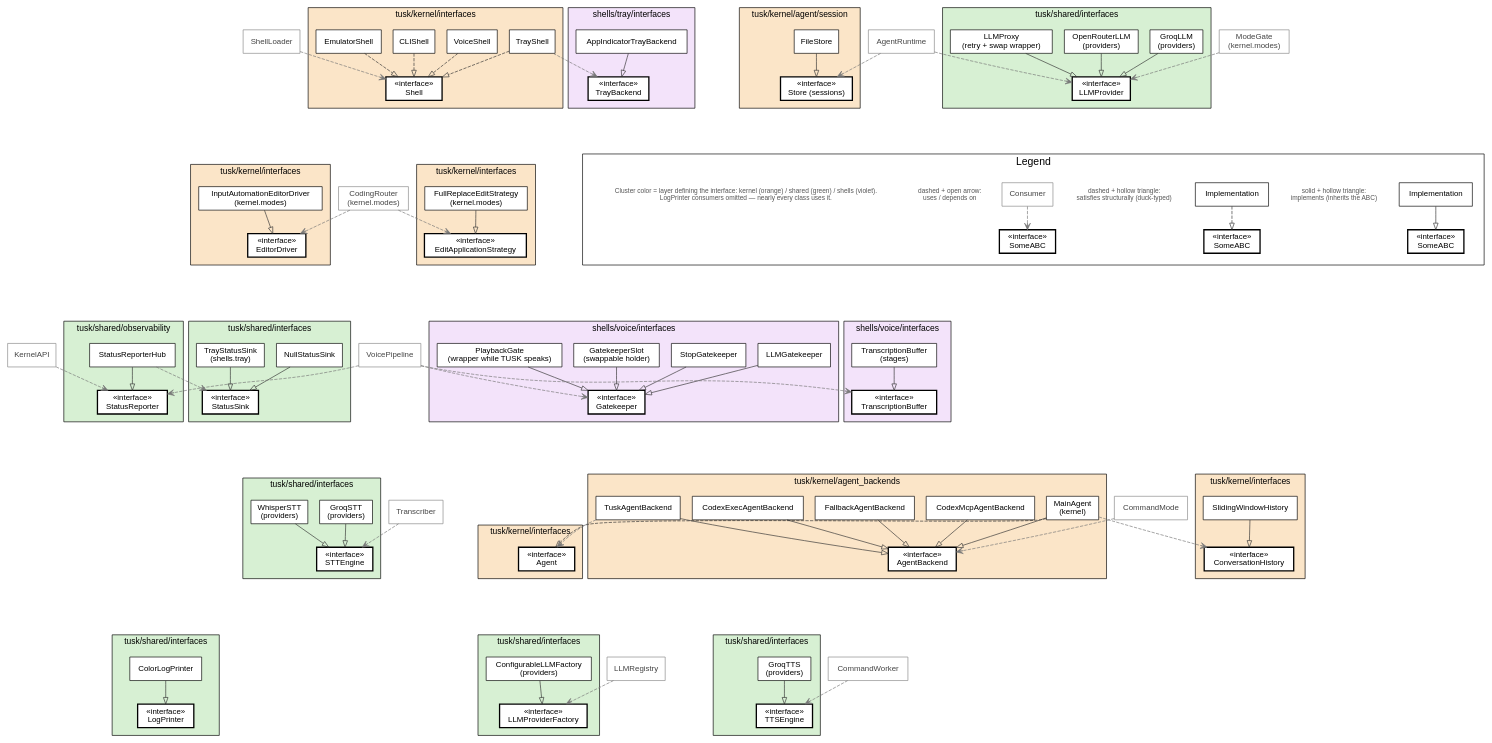
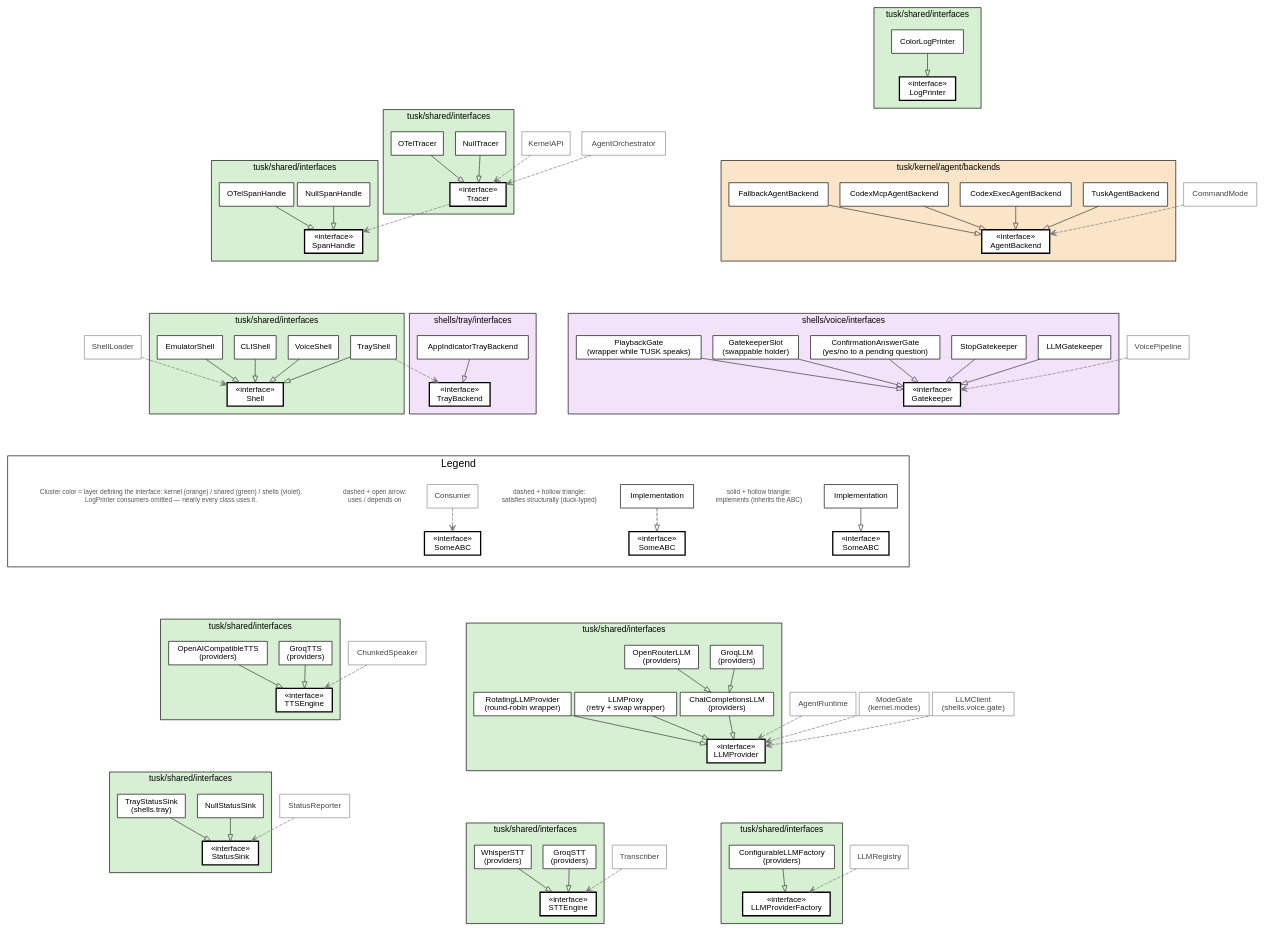
The diagram in docs/diagrams/interfaces.dot (vovka/tusk), drawn with Graphviz before and after one commit. The commit also changed 15 other files, not shown here.

```diff
--- a/docs/diagrams/interfaces.dot
+++ b/docs/diagrams/interfaces.dot
@@ -1,196 +1,171 @@
 // TUSK interface map — hand-maintained (unlike full-class-graph.dot, which is generated).
 // Every ABC, its implementations, and its key consumers.
 // Render: fdp -Tsvg interfaces.dot -o interfaces.svg
 //   (fdp 2D-packs the per-interface clusters; dot would stack them in one long column)
 // Cluster tint = layer that DEFINES the interface:
 //   kernel #fbe5c8 | shared #d7f0d3 | shells #f3e3fa
 digraph tusk_interfaces {
   fontname="Helvetica";
   overlap="prism";
   splines=true;
   pack=true;
   packmode="clust";
   sep="+14";
   esep="+6";
   node [shape=box, style=filled, fillcolor="white", fontname="Helvetica", fontsize=12];
   edge [fontname="Helvetica", fontsize=10, color="#333333"];
 
   // Legend nodes are pinned (pos=...!) so fdp cannot scatter them.
   subgraph cluster_legend {
     label="Legend"; fontsize=16; style=filled; fillcolor="#ffffff"; margin=18;
     Leg_impl [label="Implementation", pos="0,3.2!"];
     Leg_if1 [label="«interface»\nSomeABC", penwidth=2, pos="2.4,3.2!"];
     Leg_impl -> Leg_if1 [arrowhead=empty];
     Leg_cap1 [shape=plaintext, fontsize=10, fontcolor="#555555", pos="5.0,3.2!",
       label="solid + hollow triangle:\nimplements (inherits the ABC)"];
 
     Leg_duck [label="Implementation", pos="0,2.3!"];
     Leg_if2 [label="«interface»\nSomeABC", penwidth=2, pos="2.4,2.3!"];
     Leg_duck -> Leg_if2 [arrowhead=empty, style=dashed];
     Leg_cap2 [shape=plaintext, fontsize=10, fontcolor="#555555", pos="5.0,2.3!",
       label="dashed + hollow triangle:\nsatisfies structurally (duck-typed)"];
 
     Leg_user [label="Consumer", color="#888888", fontcolor="#444444", pos="0,1.4!"];
     Leg_if3 [label="«interface»\nSomeABC", penwidth=2, pos="2.4,1.4!"];
     Leg_user -> Leg_if3 [arrowhead=vee, style=dashed, color="#777777"];
     Leg_cap3 [shape=plaintext, fontsize=10, fontcolor="#555555", pos="5.0,1.4!",
       label="dashed + open arrow:\nuses / depends on"];
 
     Leg_note [shape=plaintext, fontsize=10, fontcolor="#555555", pos="2.6,0.5!",
       label="Cluster color = layer defining the interface: kernel (orange) / shared (green) / shells (violet).\nLogPrinter consumers omitted — nearly every class uses it."];
   }
 
   // ---------------- kernel-defined interfaces ----------------
 
-  subgraph cluster_agent {
-    label="tusk/kernel/interfaces"; fontsize=13; style=filled; fillcolor="#fbe5c8"; margin=12;
-    I_Agent [label="«interface»\nAgent", penwidth=2];
-  }
-  subgraph cluster_shell {
-    label="tusk/kernel/interfaces"; fontsize=13; style=filled; fillcolor="#fbe5c8"; margin=12;
-    I_Shell [label="«interface»\nShell", penwidth=2];
-    VoiceShell; CLIShell; EmulatorShell; TrayShell;
-    VoiceShell -> I_Shell [arrowhead=empty, style=dashed];
-    CLIShell -> I_Shell [arrowhead=empty, style=dashed];
-    EmulatorShell -> I_Shell [arrowhead=empty, style=dashed];
-    TrayShell -> I_Shell [arrowhead=empty, style=dashed];
-  }
-  subgraph cluster_history {
-    label="tusk/kernel/interfaces"; fontsize=13; style=filled; fillcolor="#fbe5c8"; margin=12;
-    I_ConversationHistory [label="«interface»\nConversationHistory", penwidth=2];
-    SlidingWindowHistory -> I_ConversationHistory [arrowhead=empty];
-  }
-  subgraph cluster_driver {
-    label="tusk/kernel/interfaces"; fontsize=13; style=filled; fillcolor="#fbe5c8"; margin=12;
-    I_EditorDriver [label="«interface»\nEditorDriver", penwidth=2];
-    InputAutomationEditorDriver [label="InputAutomationEditorDriver\n(kernel.modes)"];
-    InputAutomationEditorDriver -> I_EditorDriver [arrowhead=empty];
-  }
-  subgraph cluster_strategy {
-    label="tusk/kernel/interfaces"; fontsize=13; style=filled; fillcolor="#fbe5c8"; margin=12;
-    I_EditApplicationStrategy [label="«interface»\nEditApplicationStrategy", penwidth=2];
-    FullReplaceEditStrategy [label="FullReplaceEditStrategy\n(kernel.modes)"];
-    FullReplaceEditStrategy -> I_EditApplicationStrategy [arrowhead=empty];
-  }
   subgraph cluster_backend {
-    label="tusk/kernel/agent_backends"; fontsize=13; style=filled; fillcolor="#fbe5c8"; margin=12;
+    label="tusk/kernel/agent/backends"; fontsize=13; style=filled; fillcolor="#fbe5c8"; margin=12;
     I_AgentBackend [label="«interface»\nAgentBackend", penwidth=2];
-    MainAgent [label="MainAgent\n(kernel)"];
     TuskAgentBackend; CodexExecAgentBackend; CodexMcpAgentBackend; FallbackAgentBackend;
-    MainAgent -> I_AgentBackend [arrowhead=empty];
     TuskAgentBackend -> I_AgentBackend [arrowhead=empty];
     CodexExecAgentBackend -> I_AgentBackend [arrowhead=empty];
     CodexMcpAgentBackend -> I_AgentBackend [arrowhead=empty];
     FallbackAgentBackend -> I_AgentBackend [arrowhead=empty];
   }
-  subgraph cluster_store {
-    label="tusk/kernel/agent/session"; fontsize=13; style=filled; fillcolor="#fbe5c8"; margin=12;
-    I_Store [label="«interface»\nStore (sessions)", penwidth=2];
-    FileStore -> I_Store [arrowhead=empty];
-  }
 
   // ---------------- shared-defined interfaces ----------------
 
+  subgraph cluster_shell {
+    label="tusk/shared/interfaces"; fontsize=13; style=filled; fillcolor="#d7f0d3"; margin=12;
+    I_Shell [label="«interface»\nShell", penwidth=2];
+    VoiceShell; CLIShell; EmulatorShell; TrayShell;
+    VoiceShell -> I_Shell [arrowhead=empty];
+    CLIShell -> I_Shell [arrowhead=empty];
+    EmulatorShell -> I_Shell [arrowhead=empty];
+    TrayShell -> I_Shell [arrowhead=empty];
+  }
   subgraph cluster_llm {
     label="tusk/shared/interfaces"; fontsize=13; style=filled; fillcolor="#d7f0d3"; margin=12;
     I_LLMProvider [label="«interface»\nLLMProvider", penwidth=2];
+    ChatCompletionsLLM [label="ChatCompletionsLLM\n(providers)"];
     GroqLLM [label="GroqLLM\n(providers)"];
     OpenRouterLLM [label="OpenRouterLLM\n(providers)"];
     LLMProxy [label="LLMProxy\n(retry + swap wrapper)"];
-    GroqLLM -> I_LLMProvider [arrowhead=empty];
-    OpenRouterLLM -> I_LLMProvider [arrowhead=empty];
+    RotatingLLMProvider [label="RotatingLLMProvider\n(round-robin wrapper)"];
+    ChatCompletionsLLM -> I_LLMProvider [arrowhead=empty];
+    GroqLLM -> ChatCompletionsLLM [arrowhead=empty];
+    OpenRouterLLM -> ChatCompletionsLLM [arrowhead=empty];
     LLMProxy -> I_LLMProvider [arrowhead=empty];
+    RotatingLLMProvider -> I_LLMProvider [arrowhead=empty];
   }
   subgraph cluster_llmfactory {
     label="tusk/shared/interfaces"; fontsize=13; style=filled; fillcolor="#d7f0d3"; margin=12;
     I_LLMProviderFactory [label="«interface»\nLLMProviderFactory", penwidth=2];
     ConfigurableLLMFactory [label="ConfigurableLLMFactory\n(providers)"];
     ConfigurableLLMFactory -> I_LLMProviderFactory [arrowhead=empty];
   }
   subgraph cluster_log {
     label="tusk/shared/interfaces"; fontsize=13; style=filled; fillcolor="#d7f0d3"; margin=12;
     I_LogPrinter [label="«interface»\nLogPrinter", penwidth=2];
     ColorLogPrinter -> I_LogPrinter [arrowhead=empty];
   }
-  subgraph cluster_reporter {
-    label="tusk/shared/observability"; fontsize=13; style=filled; fillcolor="#d7f0d3"; margin=12;
-    I_StatusReporter [label="«interface»\nStatusReporter", penwidth=2];
-    StatusReporterHub -> I_StatusReporter [arrowhead=empty];
-  }
   subgraph cluster_sink {
     label="tusk/shared/interfaces"; fontsize=13; style=filled; fillcolor="#d7f0d3"; margin=12;
     I_StatusSink [label="«interface»\nStatusSink", penwidth=2];
     NullStatusSink;
     TrayStatusSink [label="TrayStatusSink\n(shells.tray)"];
     NullStatusSink -> I_StatusSink [arrowhead=empty];
     TrayStatusSink -> I_StatusSink [arrowhead=empty];
+  }
+  subgraph cluster_tracer {
+    label="tusk/shared/interfaces"; fontsize=13; style=filled; fillcolor="#d7f0d3"; margin=12;
+    I_Tracer [label="«interface»\nTracer", penwidth=2];
+    NullTracer; OTelTracer;
+    NullTracer -> I_Tracer [arrowhead=empty];
+    OTelTracer -> I_Tracer [arrowhead=empty];
+  }
+  subgraph cluster_span {
+    label="tusk/shared/interfaces"; fontsize=13; style=filled; fillcolor="#d7f0d3"; margin=12;
+    I_SpanHandle [label="«interface»\nSpanHandle", penwidth=2];
+    NullSpanHandle; OTelSpanHandle;
+    NullSpanHandle -> I_SpanHandle [arrowhead=empty];
+    OTelSpanHandle -> I_SpanHandle [arrowhead=empty];
   }
   subgraph cluster_stt {
     label="tusk/shared/interfaces"; fontsize=13; style=filled; fillcolor="#d7f0d3"; margin=12;
     I_STTEngine [label="«interface»\nSTTEngine", penwidth=2];
     GroqSTT [label="GroqSTT\n(providers)"];
     WhisperSTT [label="WhisperSTT\n(providers)"];
     GroqSTT -> I_STTEngine [arrowhead=empty];
     WhisperSTT -> I_STTEngine [arrowhead=empty];
   }
   subgraph cluster_tts {
     label="tusk/shared/interfaces"; fontsize=13; style=filled; fillcolor="#d7f0d3"; margin=12;
     I_TTSEngine [label="«interface»\nTTSEngine", penwidth=2];
     GroqTTS [label="GroqTTS\n(providers)"];
+    OpenAICompatibleTTS [label="OpenAICompatibleTTS\n(providers)"];
     GroqTTS -> I_TTSEngine [arrowhead=empty];
+    OpenAICompatibleTTS -> I_TTSEngine [arrowhead=empty];
   }
 
   // ---------------- shell-defined interfaces ----------------
 
   subgraph cluster_gatekeeper {
     label="shells/voice/interfaces"; fontsize=13; style=filled; fillcolor="#f3e3fa"; margin=12;
     I_Gatekeeper [label="«interface»\nGatekeeper", penwidth=2];
     LLMGatekeeper; StopGatekeeper;
+    ConfirmationAnswerGate [label="ConfirmationAnswerGate\n(yes/no to a pending question)"];
     GatekeeperSlot [label="GatekeeperSlot\n(swappable holder)"];
     PlaybackGate [label="PlaybackGate\n(wrapper while TUSK speaks)"];
     LLMGatekeeper -> I_Gatekeeper [arrowhead=empty];
     StopGatekeeper -> I_Gatekeeper [arrowhead=empty];
+    ConfirmationAnswerGate -> I_Gatekeeper [arrowhead=empty];
     GatekeeperSlot -> I_Gatekeeper [arrowhead=empty];
     PlaybackGate -> I_Gatekeeper [arrowhead=empty];
-  }
-  subgraph cluster_buffer {
-    label="shells/voice/interfaces"; fontsize=13; style=filled; fillcolor="#f3e3fa"; margin=12;
-    I_TranscriptionBuffer [label="«interface»\nTranscriptionBuffer", penwidth=2];
-    TranscriptionBufferImpl [label="TranscriptionBuffer\n(stages)"];
-    TranscriptionBufferImpl -> I_TranscriptionBuffer [arrowhead=empty];
   }
   subgraph cluster_tray {
     label="shells/tray/interfaces"; fontsize=13; style=filled; fillcolor="#f3e3fa"; margin=12;
     I_TrayBackend [label="«interface»\nTrayBackend", penwidth=2];
     AppIndicatorTrayBackend -> I_TrayBackend [arrowhead=empty];
   }
 
-  // ---------------- cross-cluster relations ----------------
-
-  MainAgent -> I_Agent [arrowhead=empty, style=dashed];
-  TuskAgentBackend -> I_Agent [arrowhead=vee, style=dashed, color="#777777"];
-  MainAgent -> I_ConversationHistory [arrowhead=vee, style=dashed, color="#777777"];
-
   // ---------------- consumers ----------------
 
   node [color="#888888", fontcolor="#444444"];
 
   CommandMode -> I_AgentBackend [arrowhead=vee, style=dashed, color="#777777"];
   ShellLoader -> I_Shell [arrowhead=vee, style=dashed, color="#777777"];
-  KernelAPI -> I_StatusReporter [arrowhead=vee, style=dashed, color="#777777"];
-  AgentRuntime -> I_Store [arrowhead=vee, style=dashed, color="#777777"];
   AgentRuntime -> I_LLMProvider [arrowhead=vee, style=dashed, color="#777777", label=" via AgentProfile"];
   ModeGate [label="ModeGate\n(kernel.modes)"];
   ModeGate -> I_LLMProvider [arrowhead=vee, style=dashed, color="#777777"];
+  LLMClient [label="LLMClient\n(shells.voice.gate)"];
+  LLMClient -> I_LLMProvider [arrowhead=vee, style=dashed, color="#777777"];
   LLMRegistry -> I_LLMProviderFactory [arrowhead=vee, style=dashed, color="#777777"];
-  CodingRouter [label="CodingRouter\n(kernel.modes)"];
-  CodingRouter -> I_EditorDriver [arrowhead=vee, style=dashed, color="#777777"];
-  CodingRouter -> I_EditApplicationStrategy [arrowhead=vee, style=dashed, color="#777777"];
+  StatusReporter -> I_StatusSink [arrowhead=vee, style=dashed, color="#777777"];
+  KernelAPI -> I_Tracer [arrowhead=vee, style=dashed, color="#777777"];
+  AgentOrchestrator -> I_Tracer [arrowhead=vee, style=dashed, color="#777777"];
+  I_Tracer -> I_SpanHandle [arrowhead=vee, style=dashed, color="#777777", label=" span()"];
   Transcriber -> I_STTEngine [arrowhead=vee, style=dashed, color="#777777"];
-  CommandWorker -> I_TTSEngine [arrowhead=vee, style=dashed, color="#777777"];
+  ChunkedSpeaker -> I_TTSEngine [arrowhead=vee, style=dashed, color="#777777"];
   VoicePipeline -> I_Gatekeeper [arrowhead=vee, style=dashed, color="#777777"];
-  VoicePipeline -> I_TranscriptionBuffer [arrowhead=vee, style=dashed, color="#777777"];
-  VoicePipeline -> I_StatusReporter [arrowhead=vee, style=dashed, color="#777777"];
-  StatusReporterHub -> I_StatusSink [arrowhead=vee, style=dashed, color="#777777"];
   TrayShell -> I_TrayBackend [arrowhead=vee, style=dashed, color="#777777"];
 }
```
